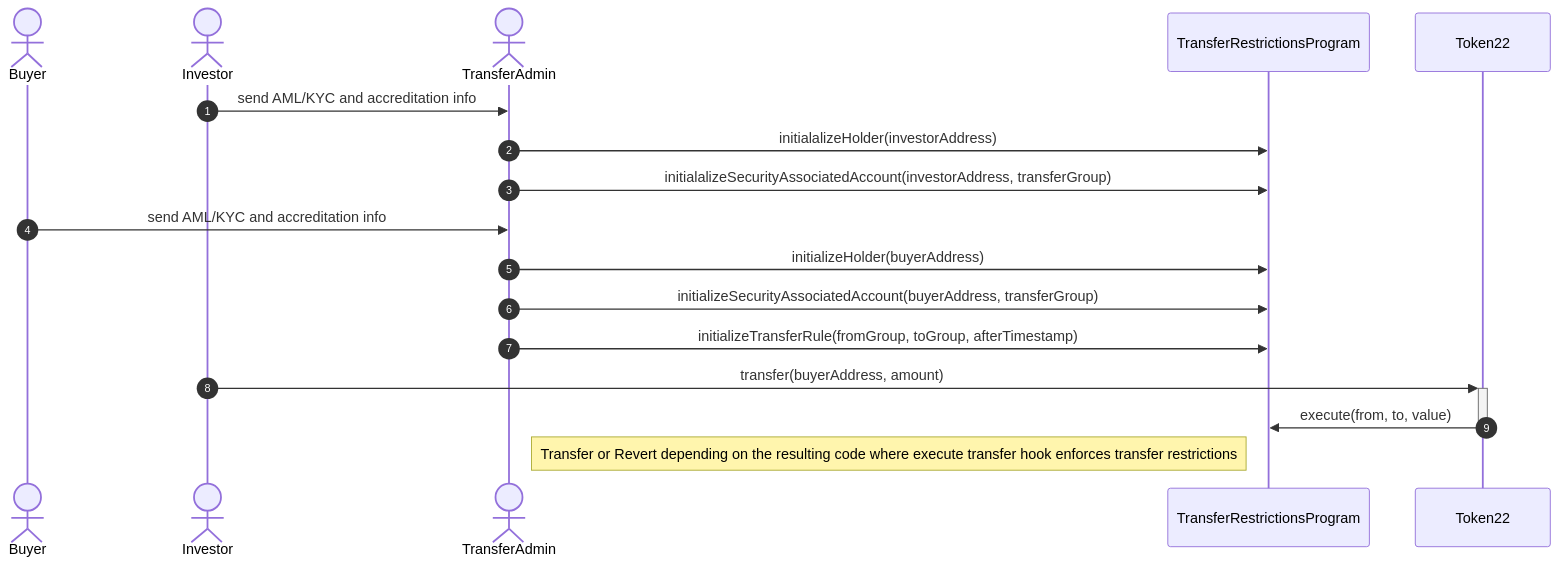
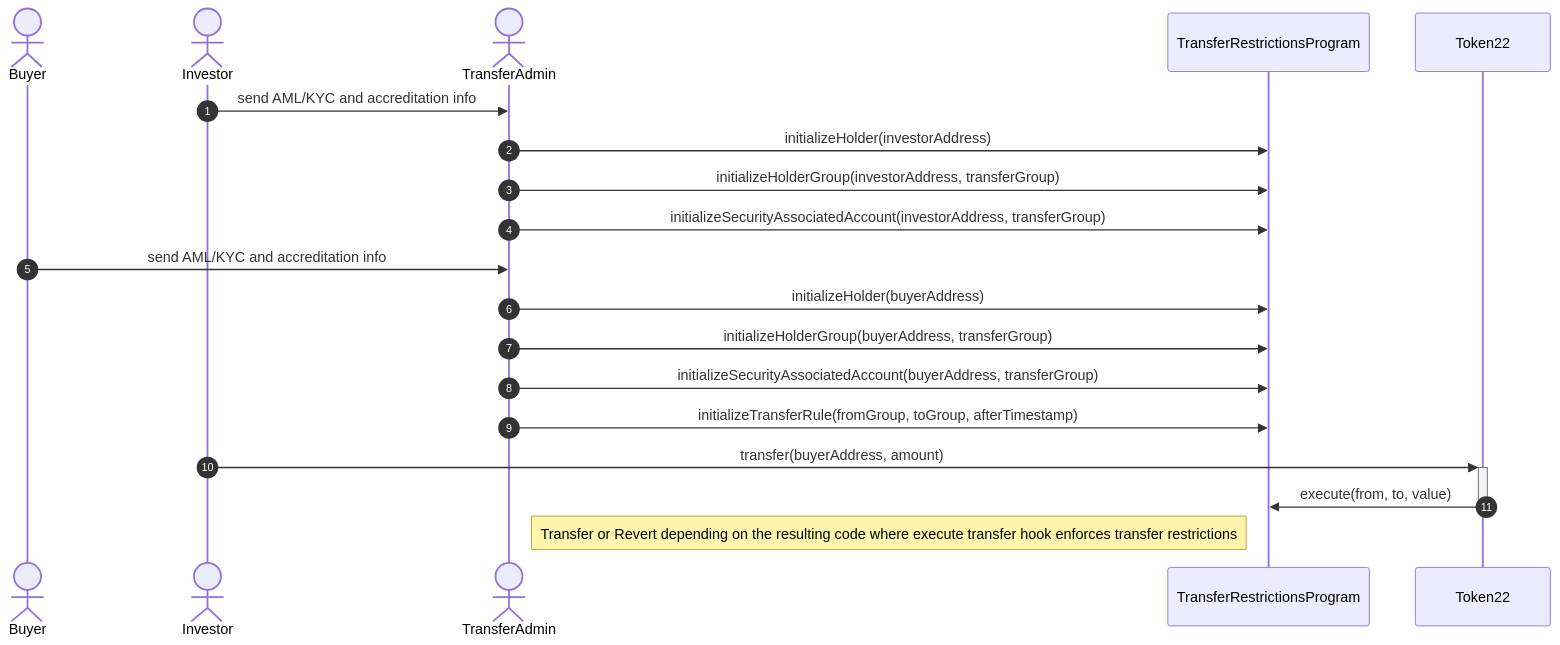
The second of 5 diagrams in README.md (CoMakery/solana-security-token), drawn with Mermaid before and after one commit. The commit also changed other lines of this file and 1 other file, not shown here.

````diff
--- a/README.md
+++ b/README.md
@@ -86,23 +129,25 @@
 ```mermaid
 sequenceDiagram
   autonumber
   actor Buyer
   actor Investor
   actor TransferAdmin
 
   participant TransferRestrictionsProgram
   participant Token22
 
   Investor ->> TransferAdmin: send AML/KYC and accreditation info
-  TransferAdmin ->> TransferRestrictionsProgram: initialalizeHolder(investorAddress)
-  TransferAdmin ->> TransferRestrictionsProgram: initialalizeSecurityAssociatedAccount(investorAddress, transferGroup)
+  TransferAdmin ->> TransferRestrictionsProgram: initializeHolder(investorAddress)
+  TransferAdmin ->> TransferRestrictionsProgram: initializeHolderGroup(investorAddress, transferGroup)
+  TransferAdmin ->> TransferRestrictionsProgram: initializeSecurityAssociatedAccount(investorAddress, transferGroup)
 
   Buyer ->> TransferAdmin: send AML/KYC and accreditation info
   TransferAdmin ->> TransferRestrictionsProgram: initializeHolder(buyerAddress)
+  TransferAdmin ->> TransferRestrictionsProgram: initializeHolderGroup(buyerAddress, transferGroup)
   TransferAdmin ->> TransferRestrictionsProgram: initializeSecurityAssociatedAccount(buyerAddress, transferGroup)
   TransferAdmin ->> TransferRestrictionsProgram: initializeTransferRule(fromGroup, toGroup, afterTimestamp)
 
   Investor ->>+ Token22: transfer(buyerAddress, amount)
   Token22 ->>- TransferRestrictionsProgram: execute(from, to, value)
   Note left of TransferRestrictionsProgram: Transfer or Revert depending on the resulting code where execute transfer hook enforces transfer restrictions
 ```
````
